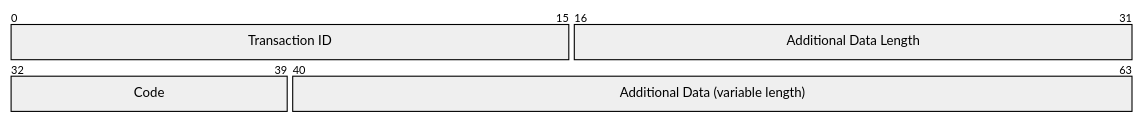
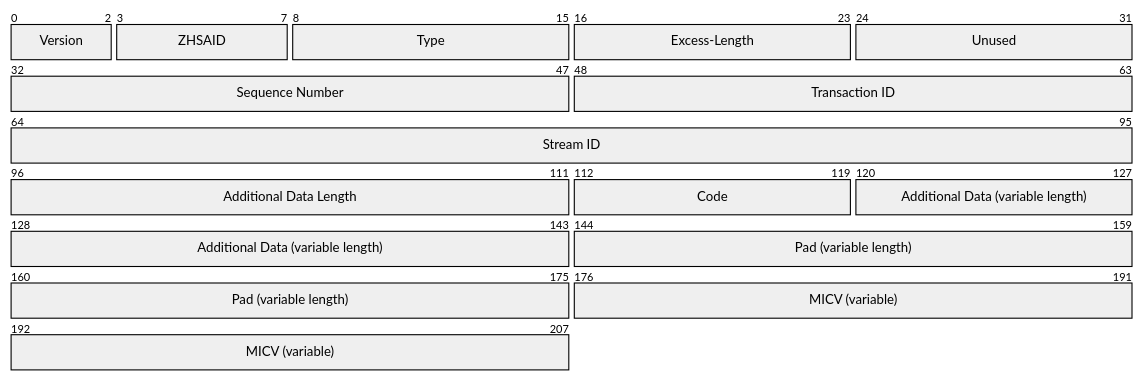
Before and after one commit to org-zpr/zpr-rfcs: diagram 18 of 43 in src/17-ZPR-Data-Protocol/body.md, drawn with Mermaid. The commit also changed other lines of this file, not shown here.

````diff
--- a/src/17-ZPR-Data-Protocol/body.md
+++ b/src/17-ZPR-Data-Protocol/body.md
@@ -2945,8 +3114,17 @@
 ``` mermaid
 %%| fig-cap: Stream ID Withdrawal Request Management Message Data Format
 packet
++3: "Version"
++5: "ZHSAID"
++8: "Type"
++8: "Excess-Length"
++8: "Unused"
++16: "Sequence Number"
 +16: "Transaction ID"
++32: "Stream ID"
 +16: "Additional Data Length"
 +8: "Code"
 +24: "Additional Data (variable length)"
++32: "Pad (variable length)"
++32: "MICV (variable)"
 ```
````
